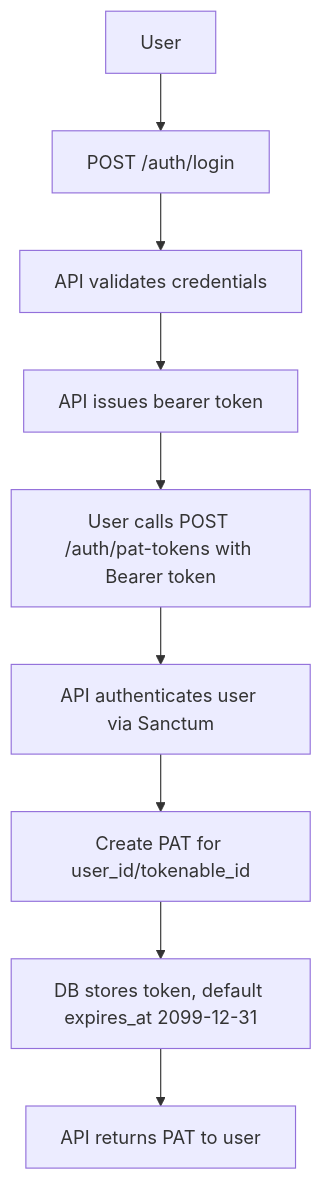
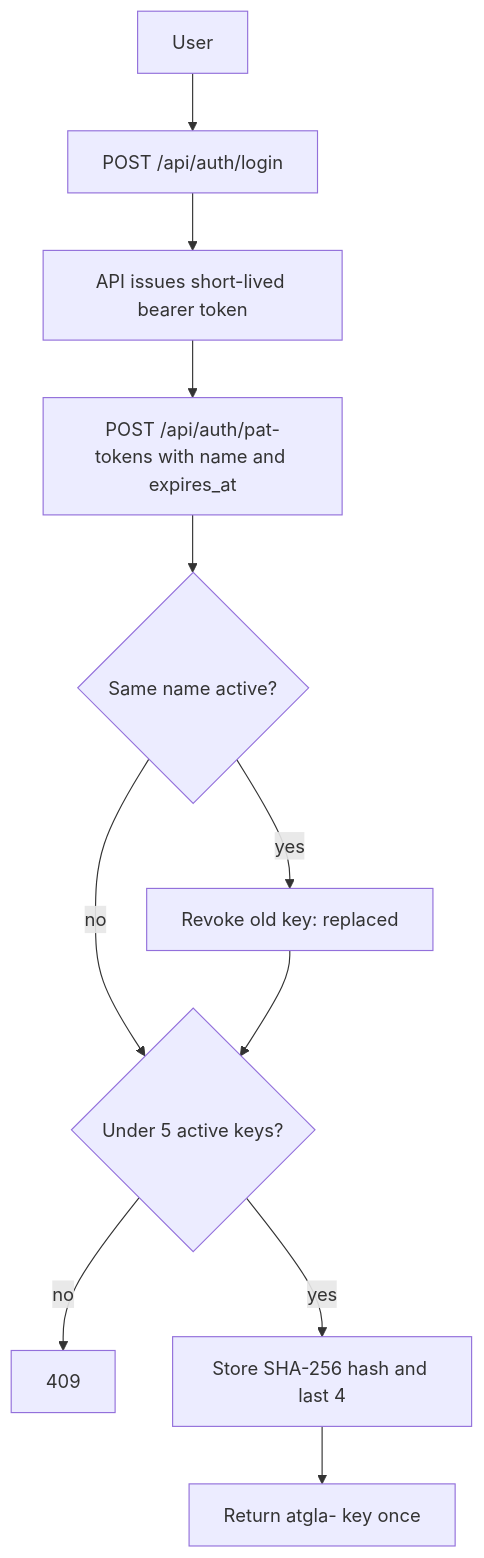
The diagram in docs/api-keys.md (niketchandra/atGlance-managementGUI), drawn with Mermaid before and after one commit. The commit also changed other lines of this file and 4 other files, not shown here.

Commit message:
docs: service accounts, personal key rules, credential API and new notification events

````diff
--- a/docs/api-keys.md
+++ b/docs/api-keys.md
@@ -19,11 +28,13 @@
 ```mermaid
 flowchart TD
-  A[User] --> B[POST /auth/login]
-  B --> C[API validates credentials]
-  C --> D[API issues bearer token]
-  D --> E[User calls POST /auth/pat-tokens with Bearer token]
-  E --> F[API authenticates user via Sanctum]
-  F --> G[Create PAT for user_id/tokenable_id]
-  G --> H[DB stores token, default expires_at 2099-12-31]
-  H --> I[API returns PAT to user]
+  A[User] --> B[POST /api/auth/login]
+  B --> C[API issues short-lived bearer token]
+  C --> D[POST /api/auth/pat-tokens with name and expires_at]
+  D --> E{Same name active?}
+  E -- yes --> F[Revoke old key: replaced]
+  E -- no --> G{Under 5 active keys?}
+  F --> G
+  G -- no --> H[409]
+  G -- yes --> I[Store SHA-256 hash and last 4]
+  I --> J[Return atgla- key once]
 ```
````
